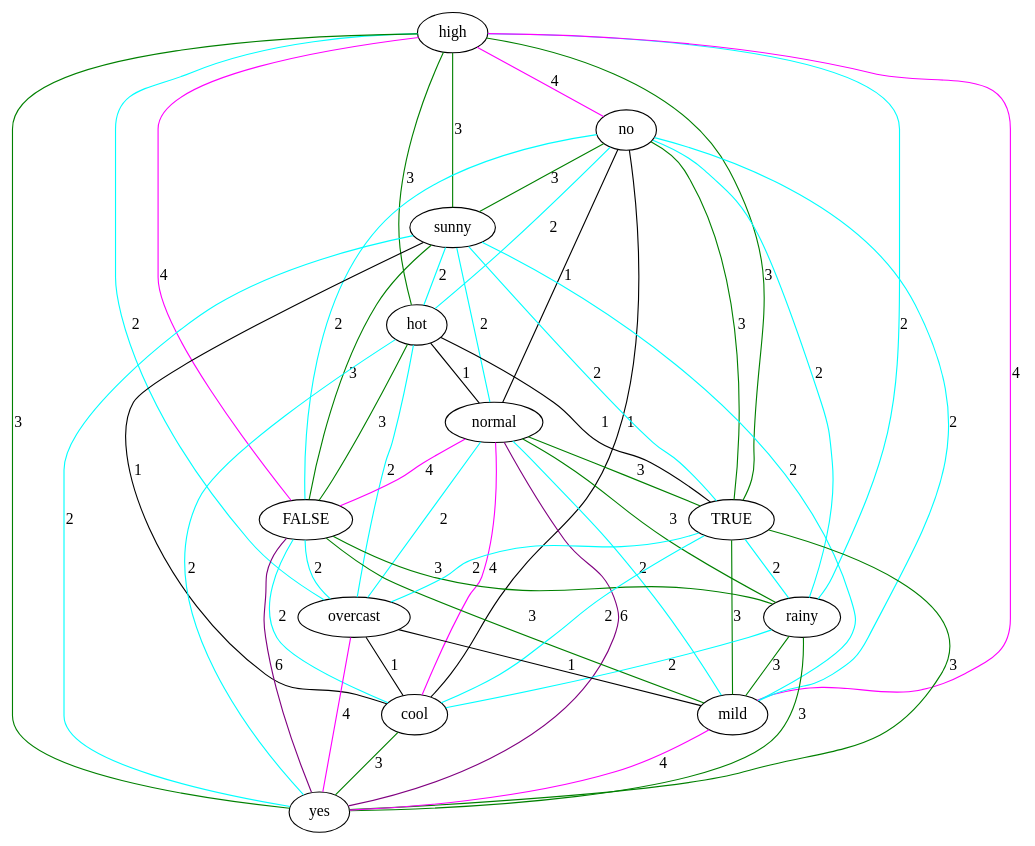
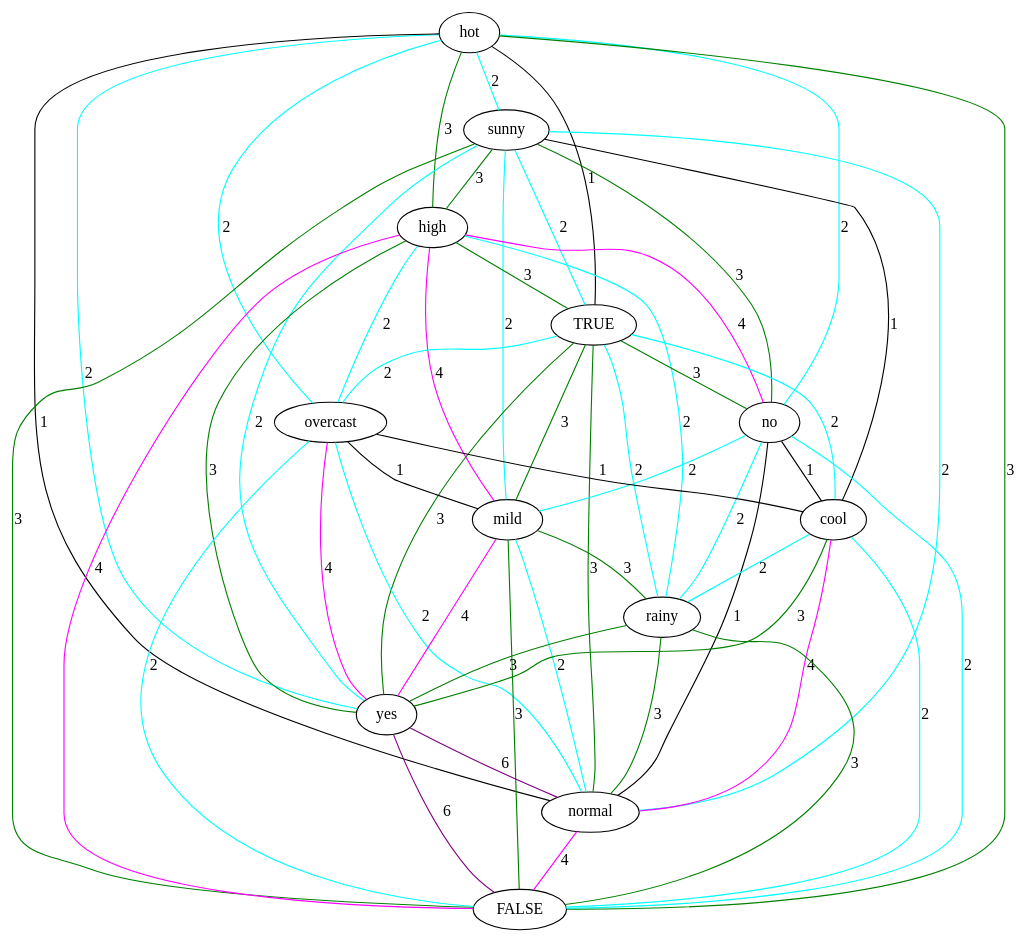
One commit to lrodrin/TFG changed the diagram in src/final/linearGraph.dot. Above: the diagram before and after it, drawn with Graphviz. The commit also changed 9 other files, not shown here.

```diff
--- a/src/final/linearGraph.dot
+++ b/src/final/linearGraph.dot
@@ -1,68 +1,68 @@
 strict graph "" {
+hot;
+sunny;
 high;
+TRUE;
 no;
-sunny;
-hot;
+overcast;
+mild;
+cool;
+rainy;
+yes;
 normal;
 FALSE;
-TRUE;
-rainy;
-overcast;
-cool;
-mild;
-yes;
+hot -- sunny  [color=cyan, label=2];
+hot -- high  [color=green, label=3];
+hot -- TRUE  [color=black, label=1];
+hot -- yes  [color=cyan, label=2];
+hot -- no  [color=cyan, label=2];
+hot -- normal  [color=black, label=1];
+hot -- overcast  [color=cyan, label=2];
+hot -- FALSE  [color=green, label=3];
+sunny -- mild  [color=cyan, label=2];
+sunny -- high  [color=green, label=3];
+sunny -- cool  [color=black, label=1];
+sunny -- TRUE  [color=cyan, label=2];
+sunny -- yes  [color=cyan, label=2];
+sunny -- no  [color=green, label=3];
+sunny -- normal  [color=cyan, label=2];
+sunny -- FALSE  [color=green, label=3];
+high -- mild  [color=magenta, label=4];
+high -- overcast  [color=cyan, label=2];
+high -- TRUE  [color=green, label=3];
+high -- yes  [color=green, label=3];
+high -- no  [color=magenta, label=4];
 high -- rainy  [color=cyan, label=2];
-high -- hot  [color=green, label=3];
-high -- no  [color=magenta, label=4];
-high -- TRUE  [color=green, label=3];
 high -- FALSE  [color=magenta, label=4];
-high -- overcast  [color=cyan, label=2];
-high -- sunny  [color=green, label=3];
-high -- mild  [color=magenta, label=4];
-high -- yes  [color=green, label=3];
+TRUE -- cool  [color=cyan, label=2];
+TRUE -- rainy  [color=cyan, label=2];
+TRUE -- no  [color=green, label=3];
+TRUE -- normal  [color=green, label=3];
+TRUE -- yes  [color=green, label=3];
+TRUE -- overcast  [color=cyan, label=2];
+TRUE -- mild  [color=green, label=3];
 no -- mild  [color=cyan, label=2];
+no -- cool  [color=black, label=1];
 no -- rainy  [color=cyan, label=2];
-no -- TRUE  [color=green, label=3];
+no -- normal  [color=black, label=1];
 no -- FALSE  [color=cyan, label=2];
-no -- hot  [color=cyan, label=2];
-no -- sunny  [color=green, label=3];
-no -- cool  [color=black, label=1];
-no -- normal  [color=black, label=1];
-sunny -- TRUE  [color=cyan, label=2];
-sunny -- FALSE  [color=green, label=3];
-sunny -- hot  [color=cyan, label=2];
-sunny -- cool  [color=black, label=1];
-sunny -- mild  [color=cyan, label=2];
-sunny -- normal  [color=cyan, label=2];
-sunny -- yes  [color=cyan, label=2];
-hot -- TRUE  [color=black, label=1];
-hot -- FALSE  [color=green, label=3];
-hot -- overcast  [color=cyan, label=2];
-hot -- normal  [color=black, label=1];
-hot -- yes  [color=cyan, label=2];
+overcast -- mild  [color=black, label=1];
+overcast -- cool  [color=black, label=1];
+overcast -- yes  [color=magenta, label=4];
+overcast -- normal  [color=cyan, label=2];
+overcast -- FALSE  [color=cyan, label=2];
+mild -- yes  [color=magenta, label=4];
+mild -- rainy  [color=green, label=3];
+mild -- normal  [color=cyan, label=2];
+mild -- FALSE  [color=green, label=3];
+cool -- yes  [color=green, label=3];
+cool -- rainy  [color=cyan, label=2];
+cool -- normal  [color=magenta, label=4];
+cool -- FALSE  [color=cyan, label=2];
+rainy -- yes  [color=green, label=3];
+rainy -- normal  [color=green, label=3];
+rainy -- FALSE  [color=green, label=3];
+yes -- normal  [color=purple, label=6];
+yes -- FALSE  [color=purple, label=6];
 normal -- FALSE  [color=magenta, label=4];
-normal -- TRUE  [color=green, label=3];
-normal -- rainy  [color=green, label=3];
-normal -- overcast  [color=cyan, label=2];
-normal -- yes  [color=purple, label=6];
-normal -- cool  [color=magenta, label=4];
-normal -- mild  [color=cyan, label=2];
-FALSE -- cool  [color=cyan, label=2];
-FALSE -- rainy  [color=green, label=3];
-FALSE -- yes  [color=purple, label=6];
-FALSE -- overcast  [color=cyan, label=2];
-FALSE -- mild  [color=green, label=3];
-TRUE -- mild  [color=green, label=3];
-TRUE -- rainy  [color=cyan, label=2];
-TRUE -- overcast  [color=cyan, label=2];
-TRUE -- cool  [color=cyan, label=2];
-TRUE -- yes  [color=green, label=3];
-rainy -- yes  [color=green, label=3];
-rainy -- cool  [color=cyan, label=2];
-rainy -- mild  [color=green, label=3];
-overcast -- yes  [color=magenta, label=4];
-overcast -- cool  [color=black, label=1];
-overcast -- mild  [color=black, label=1];
-cool -- yes  [color=green, label=3];
-mild -- yes  [color=magenta, label=4];
 }
```
